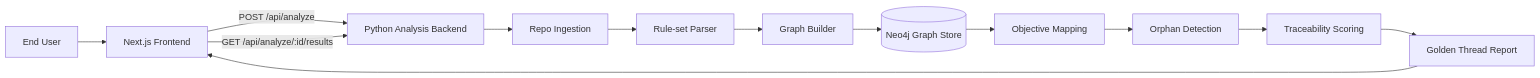
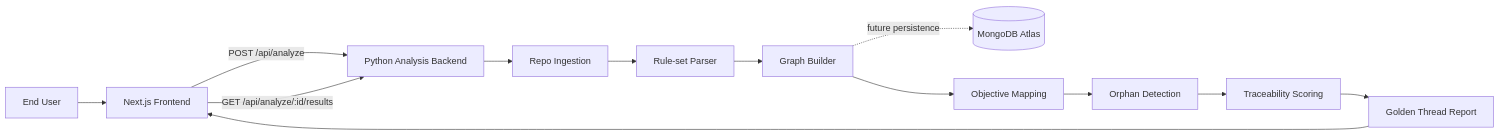
The diagram in README.md (CodingWizard-AI/github-compliance-engine), drawn with Mermaid before and after one commit. The commit also changed other lines of this file and 2 other files, not shown here.

````diff
--- a/README.md
+++ b/README.md
@@ -11,17 +11,16 @@
 ```mermaid
 flowchart LR
   user[End User] --> frontend[Next.js Frontend]
   frontend -->|"POST /api/analyze"| backend[Python Analysis Backend]
   frontend -->|"GET /api/analyze/:id/results"| backend
 
   backend --> ingestion[Repo Ingestion]
   ingestion --> parser[Rule-set Parser]
   parser --> graphBuilder[Graph Builder]
-  graphBuilder --> neo4j[(Neo4j Graph Store)]
-
-  neo4j --> objective[Objective Mapping]
+  graphBuilder -. future persistence .-> atlas[(MongoDB Atlas)]
+  graphBuilder --> objective[Objective Mapping]
   objective --> orphan[Orphan Detection]
   orphan --> score[Traceability Scoring]
   score --> report[Golden Thread Report]
   report --> frontend
 ```
````
